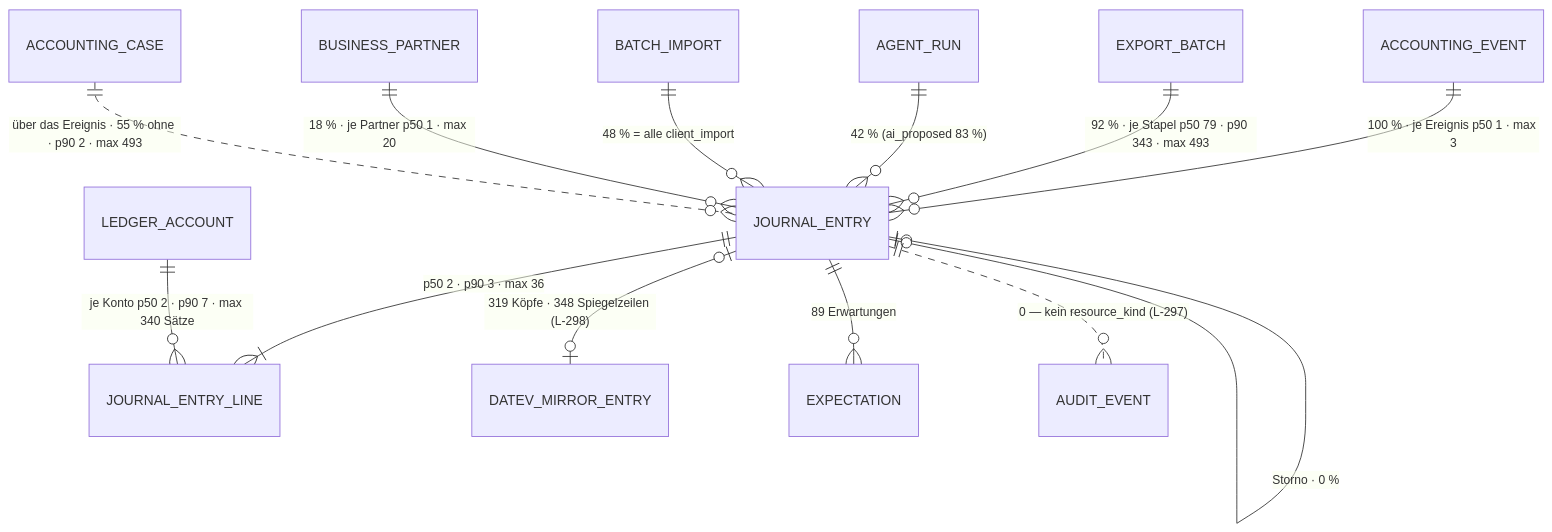
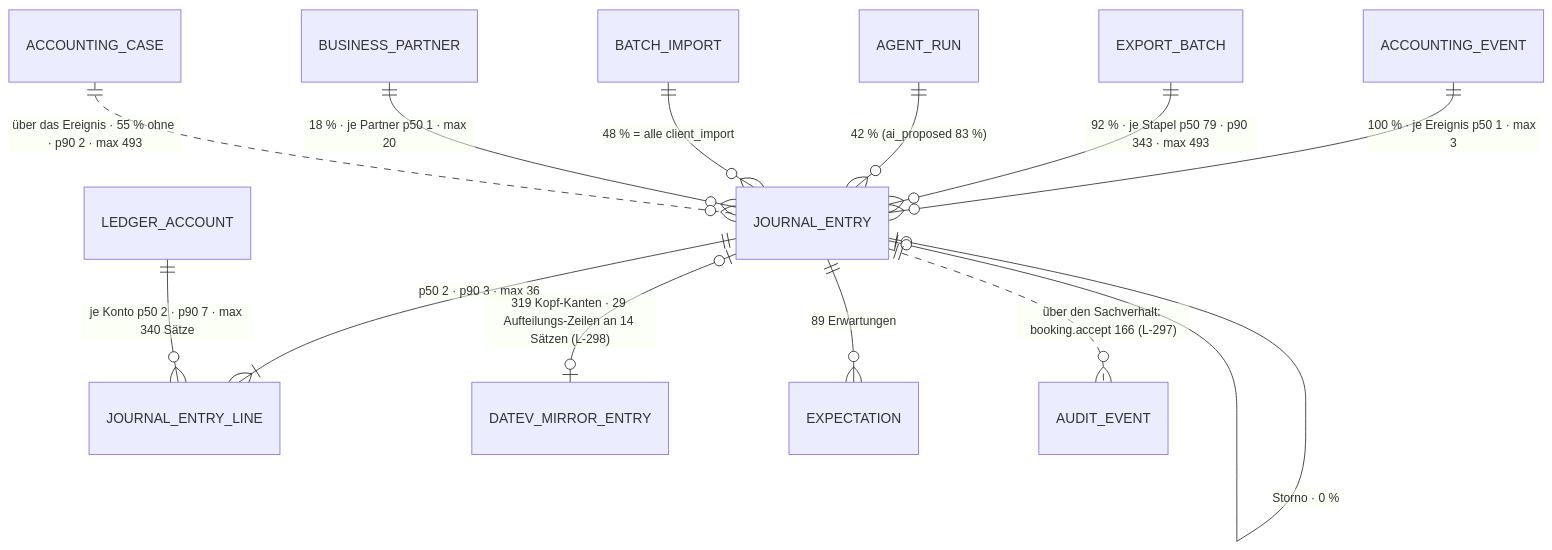
The diagram in docs/entitaeten/journal-entry.md (ludwig-steuer/ludwig-designsystem), drawn with Mermaid before and after one commit. The commit also changed other lines of this file and 2 other files, not shown here.

````diff
--- a/docs/entitaeten/journal-entry.md
+++ b/docs/entitaeten/journal-entry.md
@@ -50,15 +50,15 @@
 ```mermaid
 erDiagram
   ACCOUNTING_EVENT ||--o{ JOURNAL_ENTRY : "100 % · je Ereignis p50 1 · max 3"
   EXPORT_BATCH ||--o{ JOURNAL_ENTRY : "92 % · je Stapel p50 79 · p90 343 · max 493"
   AGENT_RUN ||--o{ JOURNAL_ENTRY : "42 % (ai_proposed 83 %)"
   BATCH_IMPORT ||--o{ JOURNAL_ENTRY : "48 % = alle client_import"
   BUSINESS_PARTNER ||--o{ JOURNAL_ENTRY : "18 % · je Partner p50 1 · max 20"
   JOURNAL_ENTRY ||--|{ JOURNAL_ENTRY_LINE : "p50 2 · p90 3 · max 36"
   LEDGER_ACCOUNT ||--o{ JOURNAL_ENTRY_LINE : "je Konto p50 2 · p90 7 · max 340 Sätze"
-  JOURNAL_ENTRY |o--o| DATEV_MIRROR_ENTRY : "319 Köpfe · 348 Spiegelzeilen (L-298)"
+  JOURNAL_ENTRY |o--o| DATEV_MIRROR_ENTRY : "319 Kopf-Kanten · 29 Aufteilungs-Zeilen an 14 Sätzen (L-298)"
   JOURNAL_ENTRY ||--o{ EXPECTATION : "89 Erwartungen"
   JOURNAL_ENTRY |o--o| JOURNAL_ENTRY : "Storno · 0 %"
   ACCOUNTING_CASE ||..o{ JOURNAL_ENTRY : "über das Ereignis · 55 % ohne · p90 2 · max 493"
-  JOURNAL_ENTRY ||..o{ AUDIT_EVENT : "0 — kein resource_kind (L-297)"
+  JOURNAL_ENTRY ||..o{ AUDIT_EVENT : "über den Sachverhalt: booking.accept 166 (L-297)"
 ```
````
